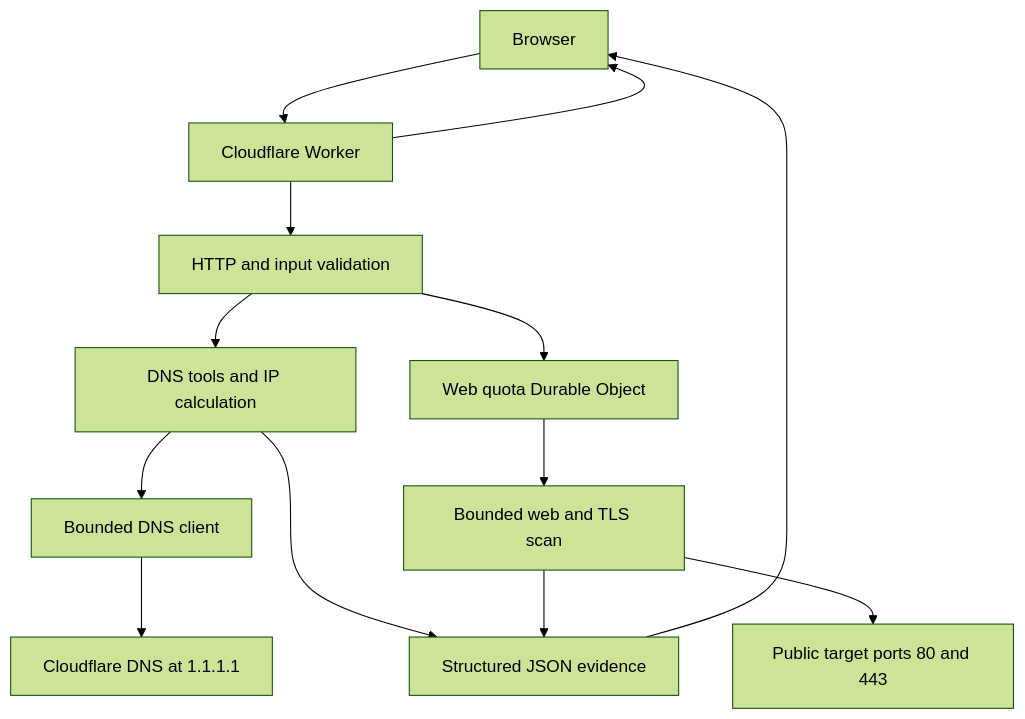
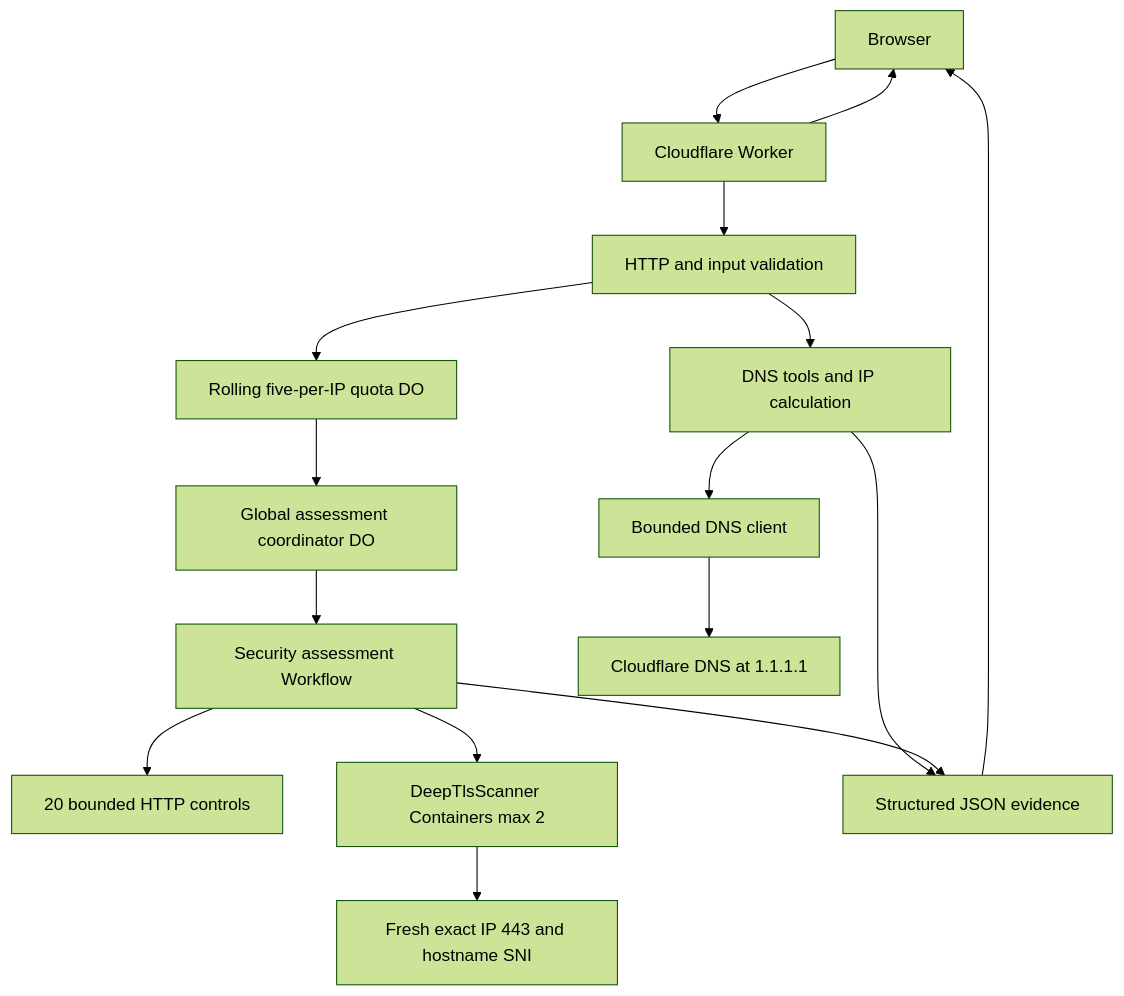
The diagram in docs/ARCHITECTURE.md (TheDudesRepo/dmarc), drawn with Mermaid (forest theme) before and after one commit. The commit also changed other lines of this file and 57 other files, not shown here.

Commit message:
Rebuild as Cresswell security assessment platform

````diff
--- a/docs/ARCHITECTURE.md
+++ b/docs/ARCHITECTURE.md
@@ -10,15 +13,18 @@
 ```mermaid
 flowchart TD
     U[Browser] --> W[Cloudflare Worker]
     W --> V[HTTP and input validation]
     V --> E[DNS tools and IP calculation]
-    V --> Q[Web quota Durable Object]
-    Q --> S[Bounded web and TLS scan]
+    V --> Q[Rolling five-per-IP quota DO]
+    Q --> C[Global assessment coordinator DO]
+    C --> F[Security assessment Workflow]
+    F --> H[20 bounded HTTP controls]
+    F --> X[DeepTlsScanner Containers max 2]
+    X --> T[Fresh exact IP 443 and hostname SNI]
     E --> D[Bounded DNS client]
     D --> R[Cloudflare DNS at 1.1.1.1]
-    S --> T[Public target ports 80 and 443]
     E --> J[Structured JSON evidence]
-    S --> J
+    F --> J
     J --> U
     W --> U
 ```
````
